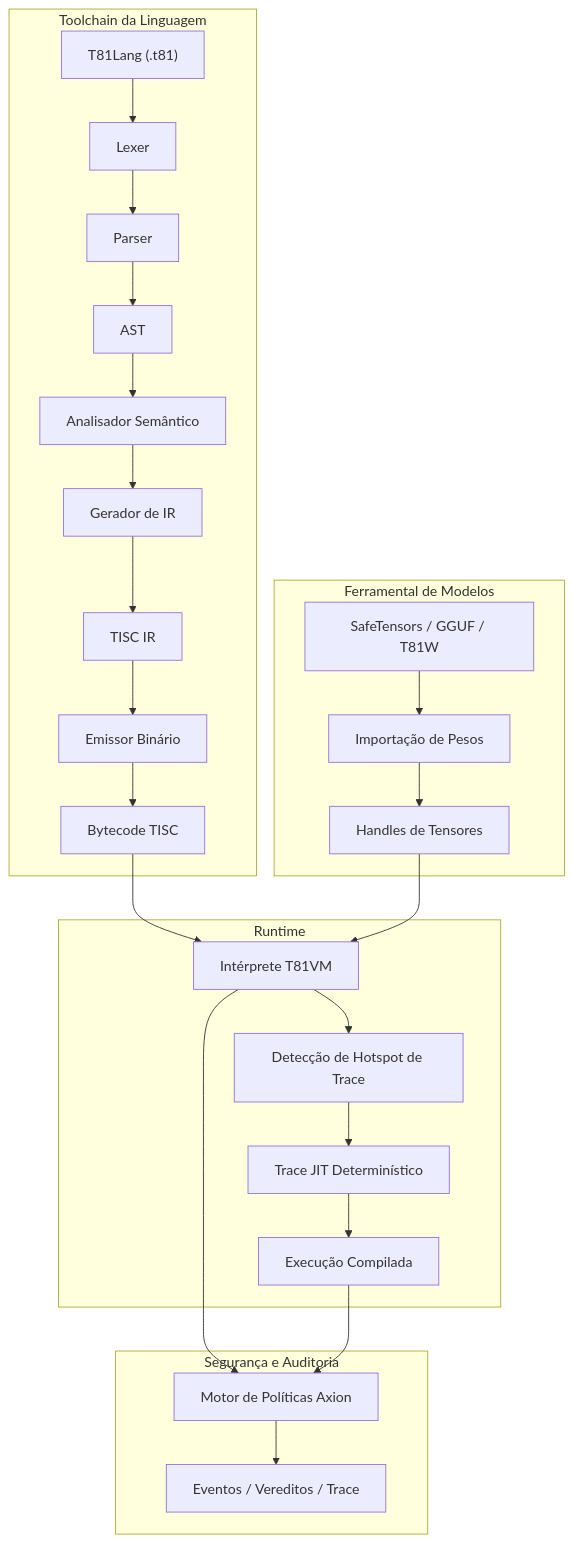
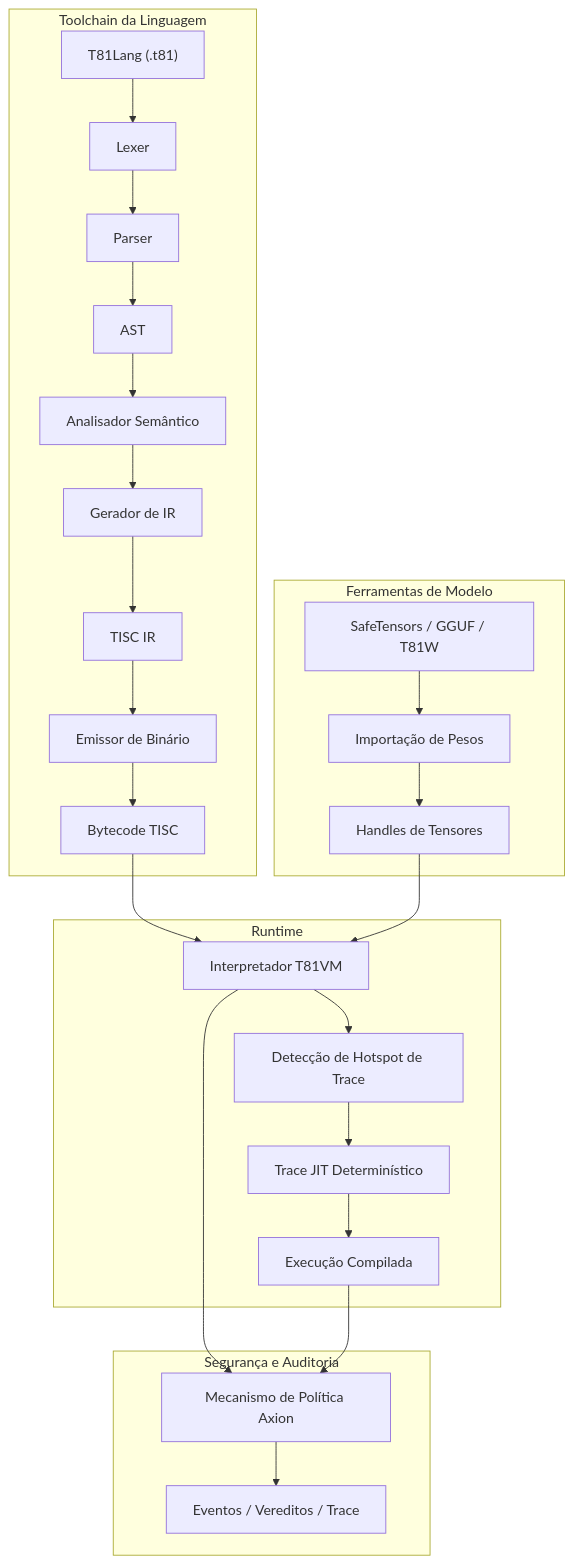
One commit to ryansctt1994-sudo/t81-foundation changed the diagram in README.pt-BR.md. Above: the diagram before and after it, drawn with Mermaid. The commit also changed other lines of this file, not shown here.

````diff
--- a/README.pt-BR.md
+++ b/README.pt-BR.md
@@ -99,30 +63,30 @@
 ```mermaid
 graph TD
     subgraph "Toolchain da Linguagem"
         A["T81Lang (.t81)"] --> B[Lexer]
         B --> C[Parser]
         C --> D[AST]
         D --> E["Analisador Semântico"]
         E --> F["Gerador de IR"]
         F --> G["TISC IR"]
-        G --> H["Emissor Binário"]
+        G --> H["Emissor de Binário"]
         H --> I["Bytecode TISC"]
     end
     subgraph "Runtime"
-        I --> J["Intérprete T81VM"]
+        I --> J["Interpretador T81VM"]
         J --> K["Detecção de Hotspot de Trace"]
         K --> L["Trace JIT Determinístico"]
         L --> M["Execução Compilada"]
     end
     subgraph "Segurança e Auditoria"
-        J --> N["Motor de Políticas Axion"]
+        J --> N["Mecanismo de Política Axion"]
         M --> N
         N --> O["Eventos / Vereditos / Trace"]
     end
-    subgraph "Ferramental de Modelos"
+    subgraph "Ferramentas de Modelo"
         P["SafeTensors / GGUF / T81W"] --> Q["Importação de Pesos"]
         Q --> R["Handles de Tensores"]
         R --> J
     end
 
 ```
````
